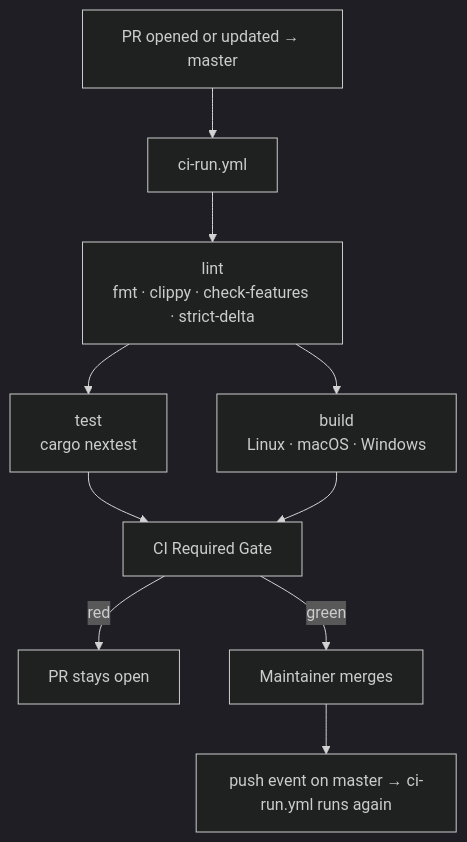
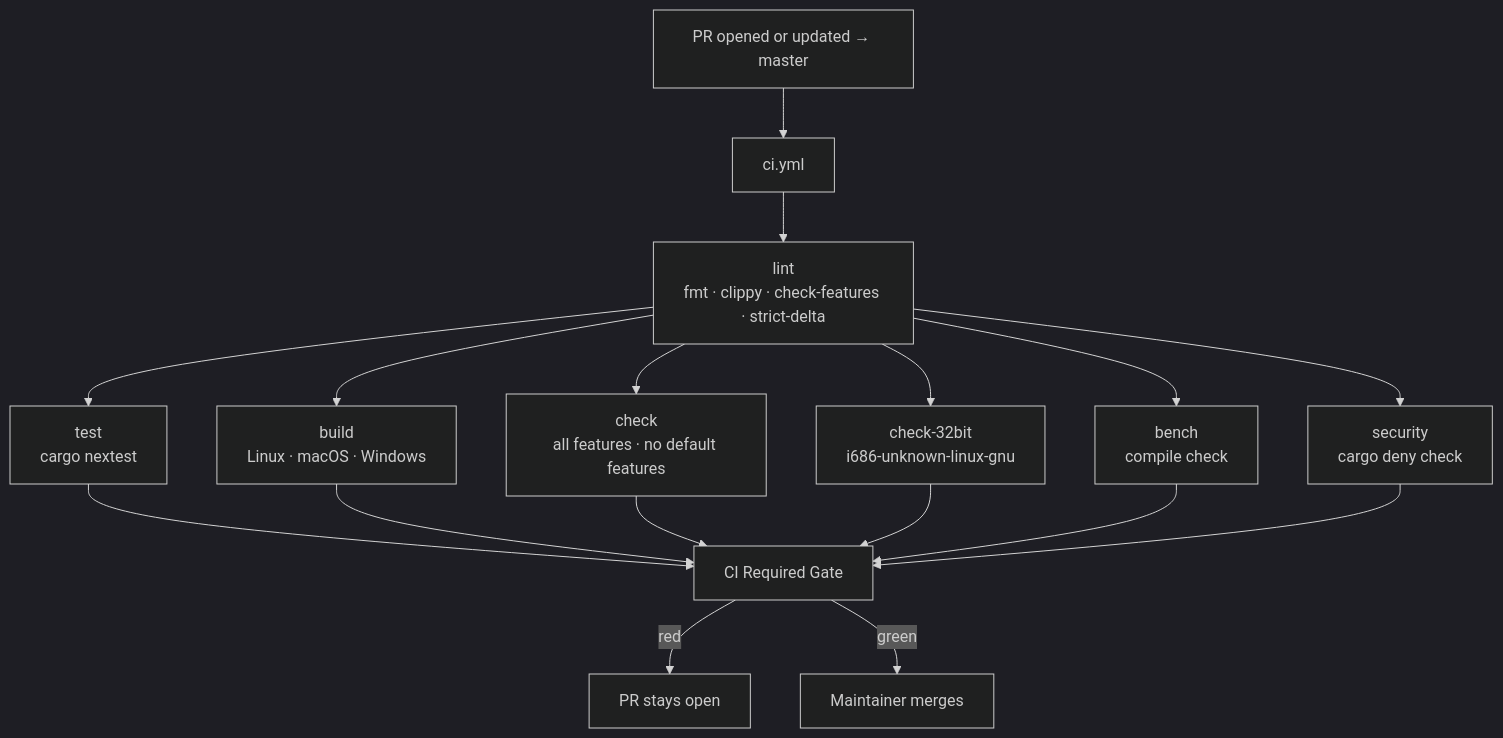
One commit to zeroclaw-labs/zeroclaw changed the first of 2 diagrams in .github/workflows/master-branch-flow.md. Above: the diagram before and after it, drawn with Mermaid (dark theme). The commit also changed other lines of this file and 1 other file, not shown here.

Commit message:
fix(ci-docs): correct workflow name, remove phantom push trigger, expand job list

````diff
--- a/.github/workflows/master-branch-flow.md
+++ b/.github/workflows/master-branch-flow.md
@@ -113,11 +109,14 @@
 ```mermaid
 flowchart TD
-  A["PR opened or updated → master"] --> B["ci-run.yml"]
+  A["PR opened or updated → master"] --> B["ci.yml"]
   B --> L["lint\nfmt · clippy · check-features · strict-delta"]
   L --> T["test\ncargo nextest"]
   L --> BLD["build\nLinux · macOS · Windows"]
-  T & BLD --> G["CI Required Gate"]
+  L --> CHK["check\nall features · no default features"]
+  L --> C32["check-32bit\ni686-unknown-linux-gnu"]
+  L --> BCH["bench\ncompile check"]
+  L --> SEC["security\ncargo deny check"]
+  T & BLD & CHK & C32 & BCH & SEC --> G["CI Required Gate"]
   G -->|red| D["PR stays open"]
   G -->|green| R["Maintainer merges"]
-  R --> P["push event on master → ci-run.yml runs again"]
 ```
````
